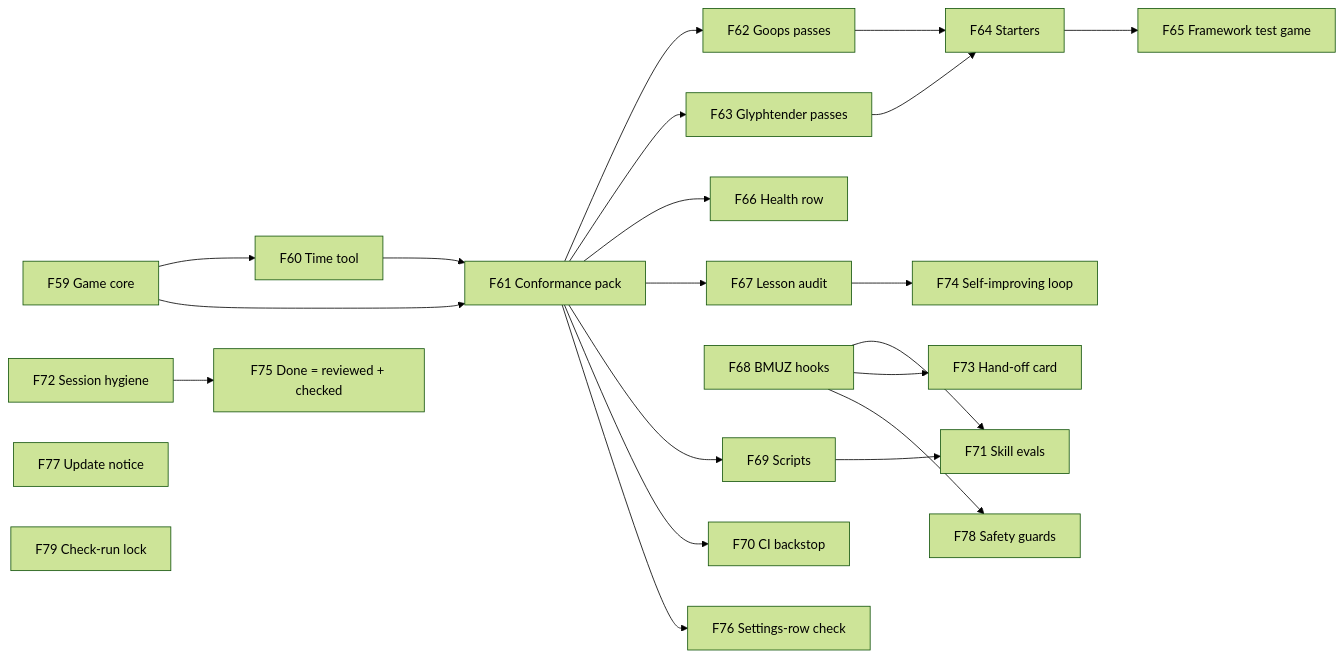
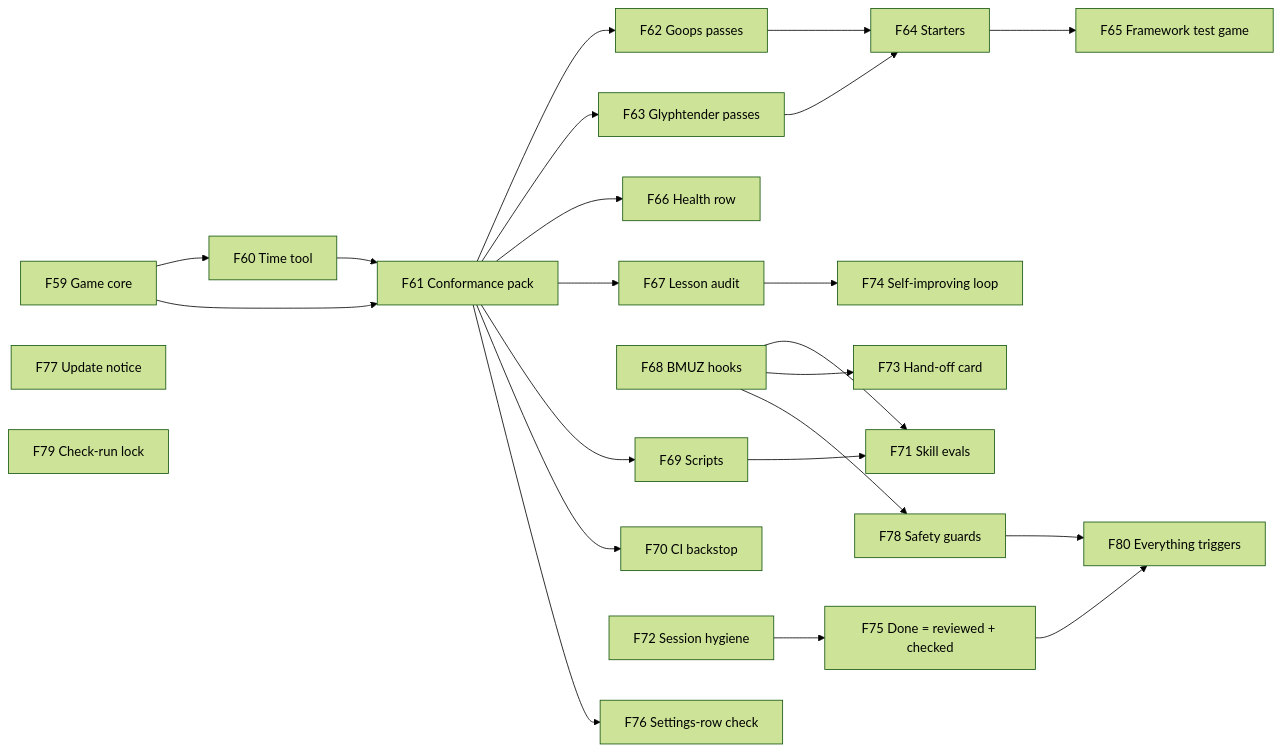
The seventh of 7 diagrams in .planning/ROADMAP.md (TheBlueMuzzy/framework), drawn with Mermaid (forest theme) before and after one commit. The commit also changed other lines of this file and 1 other file, not shown here.

Commit message:
F77 + F78: built and verified; F76 follow-up: check:fast runs framework code checks; F80 on the roadmap

````diff
--- a/.planning/ROADMAP.md
+++ b/.planning/ROADMAP.md
@@ -161,23 +162,25 @@
 ```mermaid
 flowchart LR
   F59[F59 Game core] --> F60[F60 Time tool]
   F59 --> F61[F61 Conformance pack]
   F60 --> F61
   F61 --> F62[F62 Goops passes]
   F61 --> F63[F63 Glyphtender passes]
   F61 --> F66[F66 Health row]
   F61 --> F67[F67 Lesson audit]
   F68[F68 BMUZ hooks] --> F71[F71 Skill evals]
   F68 --> F73[F73 Hand-off card]
   F67 --> F74[F74 Self-improving loop]
   F61 --> F69[F69 Scripts] --> F71
   F61 --> F70[F70 CI backstop]
   F62 --> F64[F64 Starters]
   F63 --> F64
   F64 --> F65[F65 Framework test game]
   F72[F72 Session hygiene] --> F75[F75 Done = reviewed + checked]
   F61 --> F76[F76 Settings-row check]
   F68 --> F78[F78 Safety guards]
   F77[F77 Update notice]
   F79[F79 Check-run lock]
+  F75 --> F80[F80 Everything triggers]
+  F78 --> F80
 ```
````
